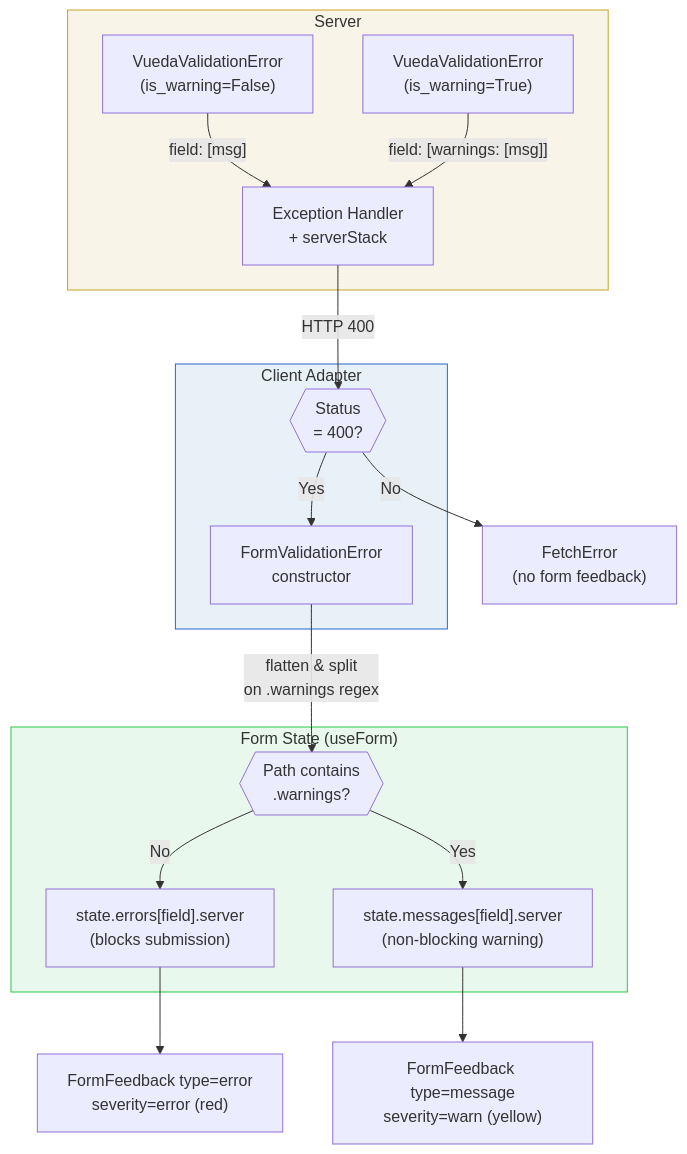
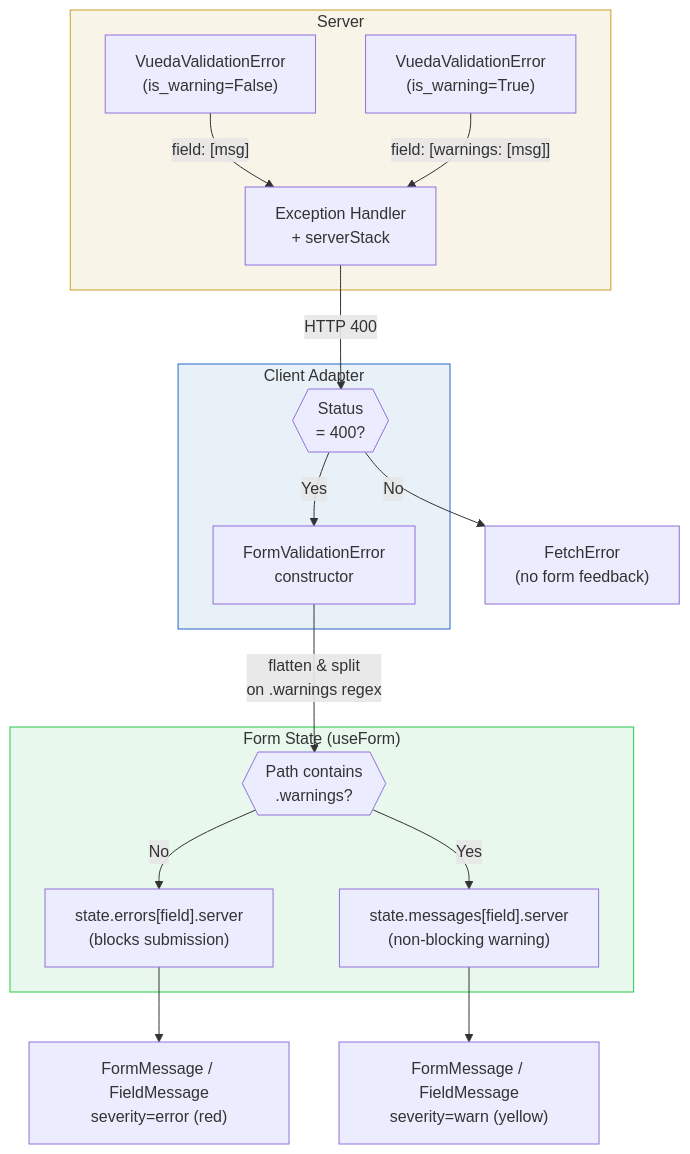
The diagram in docs/core-concepts/error-and-validation-contract.md (arrai-innovations/vueda), drawn with Mermaid before and after one commit. The commit also changed other lines of this file and 15 other files, not shown here.

````diff
--- a/docs/core-concepts/error-and-validation-contract.md
+++ b/docs/core-concepts/error-and-validation-contract.md
@@ -14,38 +14,38 @@
 ```mermaid
 flowchart TD
     subgraph Server
         VVE["VuedaValidationError<br/>(is_warning=False)"]
         VVW["VuedaValidationError<br/>(is_warning=True)"]
         EH["Exception Handler<br/>+ serverStack"]
     end
 
     VVE -- "field: [msg]" --> EH
     VVW -- "field: [warnings: [msg]]" --> EH
     EH -- "HTTP 400" --> GATE
 
     subgraph Client["Client Adapter"]
         GATE{{"Status<br/>= 400?"}}
         FVE["FormValidationError<br/>constructor"]
     end
 
     GATE -- "Yes" --> FVE
     GATE -- "No" --> FE["FetchError<br/>(no form feedback)"]
 
     FVE -- "flatten & split<br/>on .warnings regex" --> SPLIT
 
     subgraph FormState["Form State (useForm)"]
         SPLIT{{"Path contains<br/>.warnings?"}}
         ERR["state.errors[field].server<br/>(blocks submission)"]
         MSG["state.messages[field].server<br/>(non-blocking warning)"]
     end
 
     SPLIT -- "No" --> ERR
     SPLIT -- "Yes" --> MSG
 
-    ERR --> RENDER_E["FormFeedback type=error<br/>severity=error (red)"]
-    MSG --> RENDER_W["FormFeedback type=message<br/>severity=warn (yellow)"]
+    ERR --> RENDER_E["FormMessage / FieldMessage<br/>severity=error (red)"]
+    MSG --> RENDER_W["FormMessage / FieldMessage<br/>severity=warn (yellow)"]
 
     style Server fill:#f8f4e8,stroke:#c9a227
     style Client fill:#e8f0f8,stroke:#2768c9
     style FormState fill:#e8f8ec,stroke:#27c94a
 ```
````
